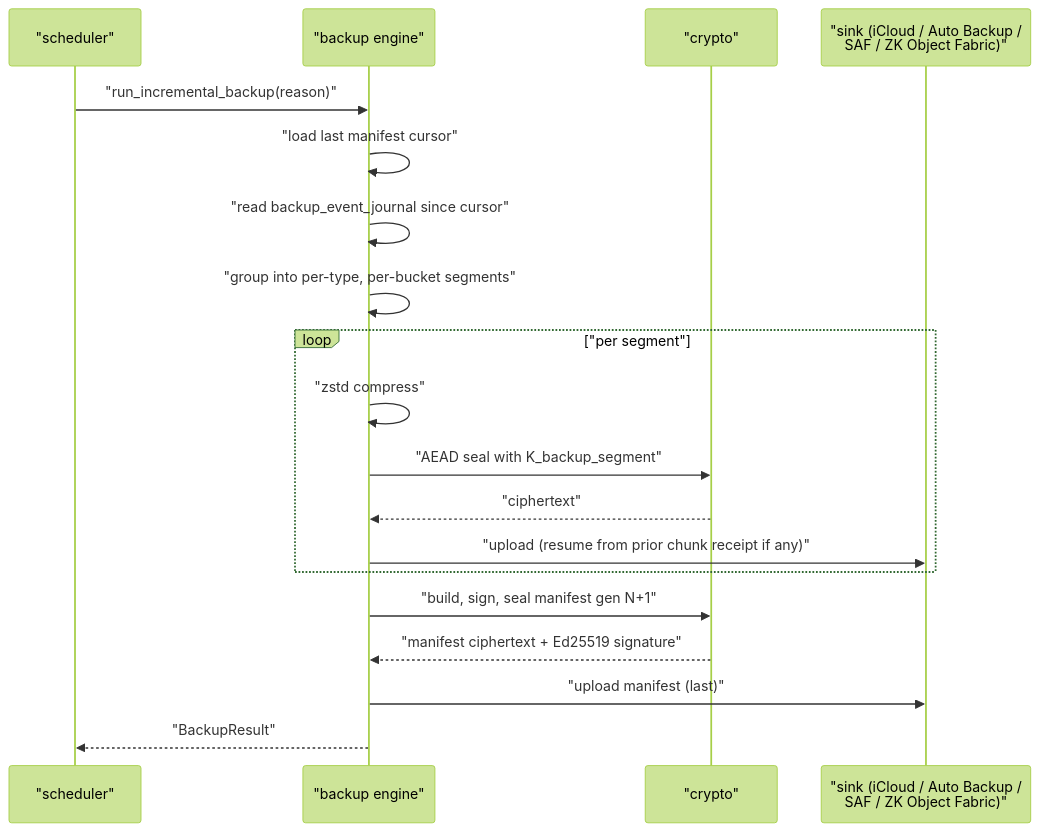
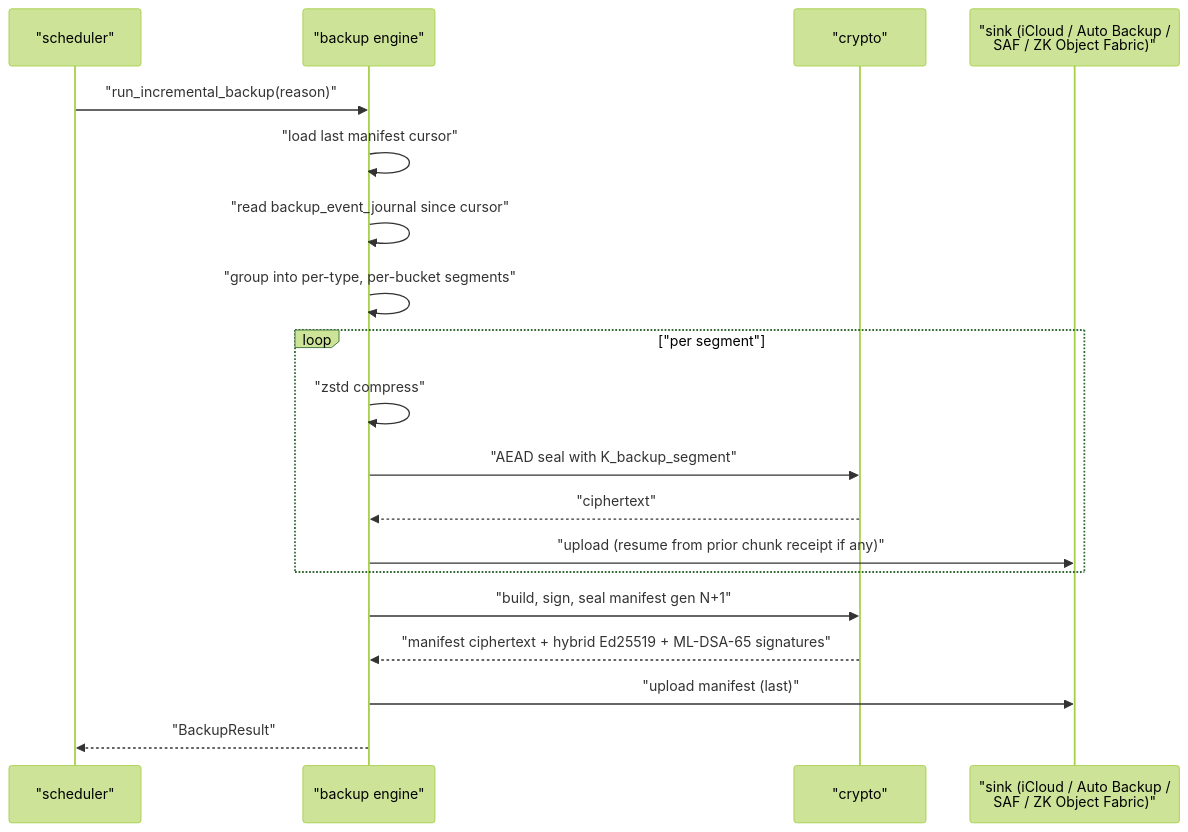
One commit to kennguy3n/chat-storage-search changed diagram 21 of 34 in docs/ARCHITECTURE.md. Above: the diagram before and after it, drawn with Mermaid (forest theme). The commit also changed other lines of this file and 22 other files, not shown here.

````diff
--- a/docs/ARCHITECTURE.md
+++ b/docs/ARCHITECTURE.md
@@ -1639,22 +1642,22 @@
 ```mermaid
 sequenceDiagram
     participant Sched as "scheduler"
     participant Bk as "backup engine"
     participant Cr as "crypto"
     participant Sink as "sink (iCloud / Auto Backup /<br/>SAF / ZK Object Fabric)"
 
     Sched->>Bk: "run_incremental_backup(reason)"
     Bk->>Bk: "load last manifest cursor"
     Bk->>Bk: "read backup_event_journal since cursor"
     Bk->>Bk: "group into per-type, per-bucket segments"
     loop "per segment"
         Bk->>Bk: "zstd compress"
         Bk->>Cr: "AEAD seal with K_backup_segment"
         Cr-->>Bk: "ciphertext"
         Bk->>Sink: "upload (resume from prior chunk receipt if any)"
     end
     Bk->>Cr: "build, sign, seal manifest gen N+1"
-    Cr-->>Bk: "manifest ciphertext + Ed25519 signature"
+    Cr-->>Bk: "manifest ciphertext + hybrid Ed25519 + ML-DSA-65 signatures"
     Bk->>Sink: "upload manifest (last)"
     Bk-->>Sched: "BackupResult"
 ```
````
